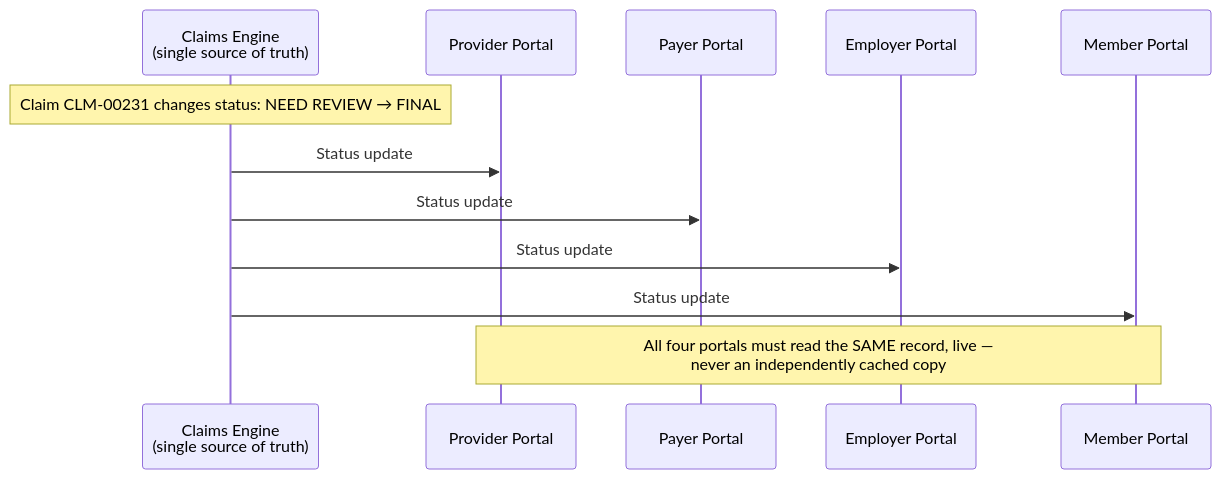
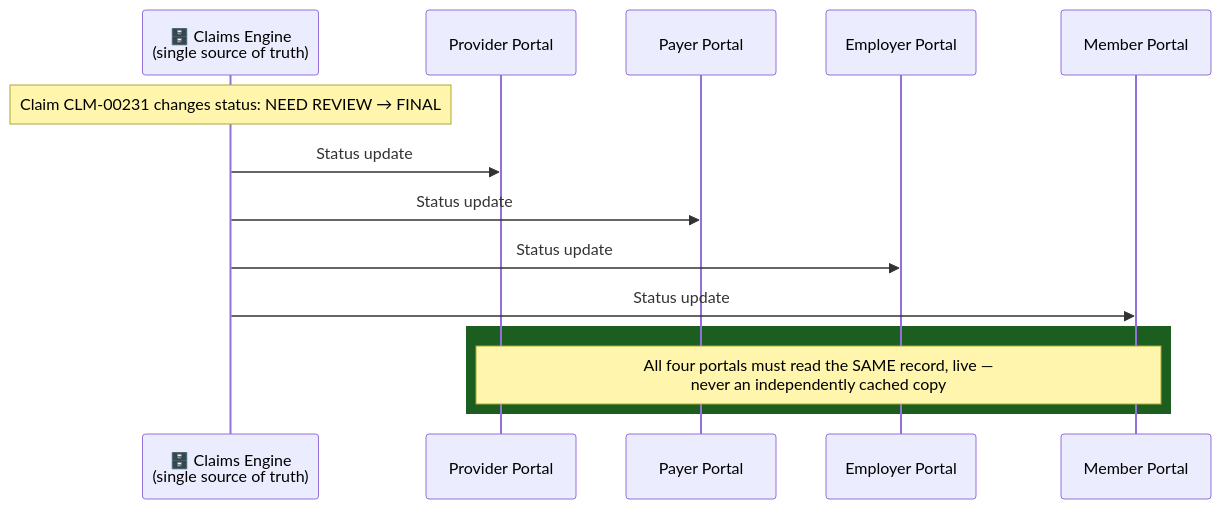
The fourth of 5 diagrams in docs/architecture-and-flow.md (ghanendra-sdet/healthcare-insurance-platform), drawn with Mermaid before and after one commit. The commit also changed other lines of this file and 1 other file, not shown here.

Commit message:
docs: enrich architecture and tech-and-skills diagrams

````diff
--- a/docs/architecture-and-flow.md
+++ b/docs/architecture-and-flow.md
@@ -145,15 +176,17 @@
 ```mermaid
 sequenceDiagram
-    participant CE as Claims Engine<br/>(single source of truth)
+    participant CE as 🗄️ Claims Engine<br/>(single source of truth)
     participant PP as Provider Portal
     participant PayP as Payer Portal
     participant EP as Employer Portal
     participant MP as Member Portal
 
     Note over CE: Claim CLM-00231 changes status: NEED REVIEW → FINAL
     CE->>PP: Status update
     CE->>PayP: Status update
     CE->>EP: Status update
     CE->>MP: Status update
+    rect rgb(27, 94, 32)
     Note over PP,MP: All four portals must read the SAME record, live —<br/>never an independently cached copy
+    end
 ```
````
